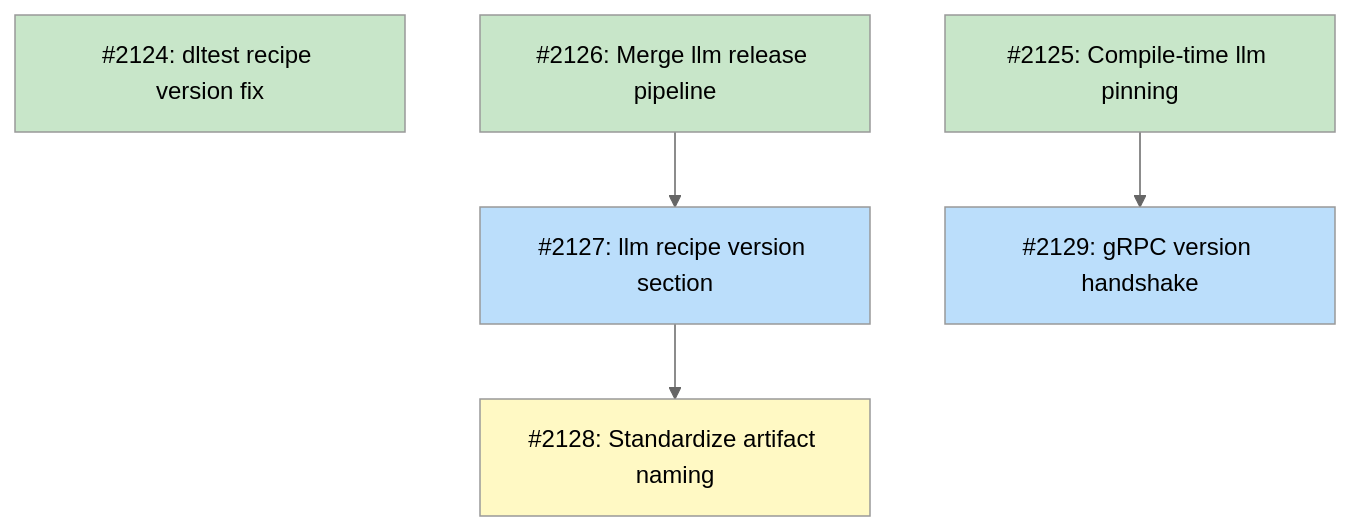
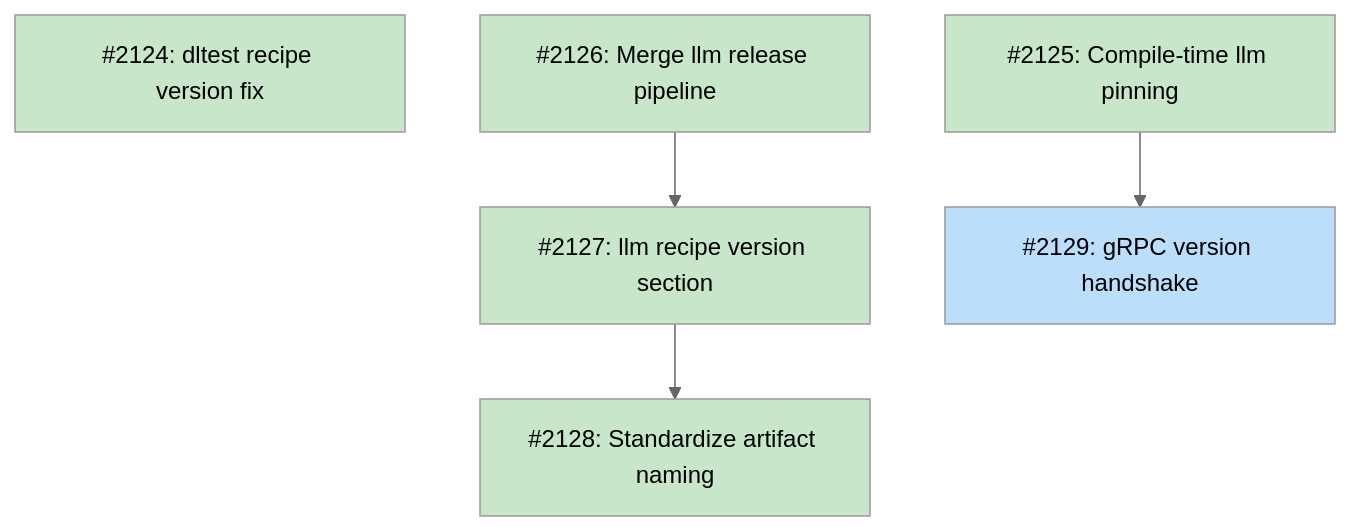
Before and after one commit to tsukumogami/tsuku: the diagram in docs/designs/DESIGN-unified-release-versioning.md, drawn with Mermaid (neutral theme). The commit also changed other lines of this file and 4 other files, not shown here.

````diff
--- a/docs/designs/DESIGN-unified-release-versioning.md
+++ b/docs/designs/DESIGN-unified-release-versioning.md
@@ -286,21 +286,20 @@
 ```mermaid
 graph TD
     I2124["#2124: dltest recipe version fix"]
     I2125["#2125: Compile-time llm pinning"]
     I2126["#2126: Merge llm release pipeline"]
     I2127["#2127: llm recipe version section"]
     I2128["#2128: Standardize artifact naming"]
     I2129["#2129: gRPC version handshake"]
 
     I2126 --> I2127
     I2127 --> I2128
     I2125 --> I2129
 
     classDef done fill:#c8e6c9
     classDef ready fill:#bbdefb
     classDef blocked fill:#fff9c4
 
-    class I2124,I2125,I2126 done
-    class I2127,I2129 ready
-    class I2128 blocked
+    class I2124,I2125,I2126,I2127,I2128 done
+    class I2129 ready
 ```
````
